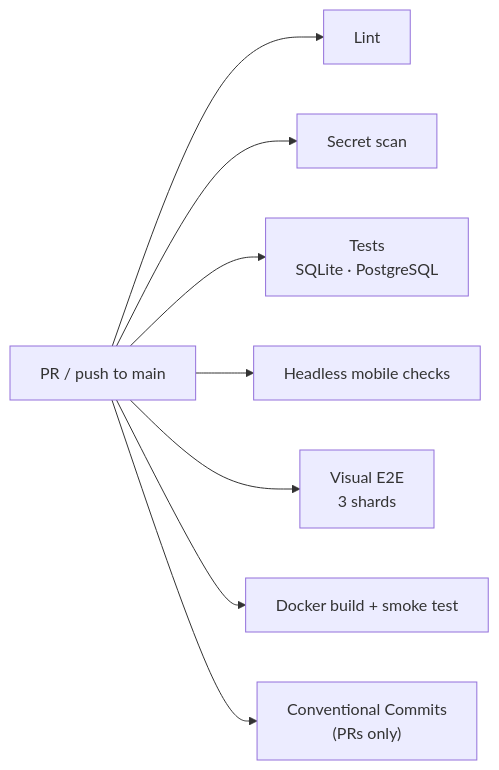
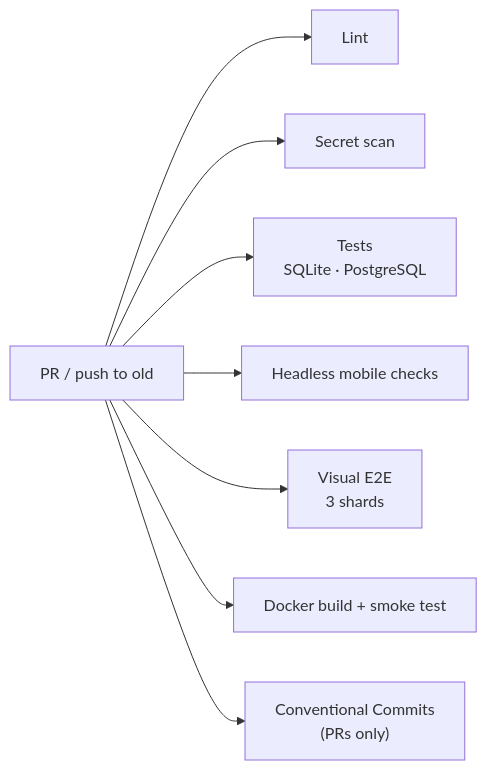
One commit to thordin9/apotheke changed the diagram in docs/ci.md. Above: the diagram before and after it, drawn with Mermaid. The commit also changed other lines of this file and 4 other files, not shown here.

````diff
--- a/docs/ci.md
+++ b/docs/ci.md
@@ -10,10 +10,10 @@
 ```mermaid
 flowchart LR
-  push["PR / push to main"] --> lint["Lint"]
+  push["PR / push to old"] --> lint["Lint"]
   push --> secrets["Secret scan"]
   push --> test["Tests<br/>SQLite · PostgreSQL"]
   push --> mobile["Headless mobile checks"]
   push --> e2e["Visual E2E<br/>3 shards"]
   push --> docker["Docker build + smoke test"]
   push --> commits["Conventional Commits<br/>(PRs only)"]
 ```
````
